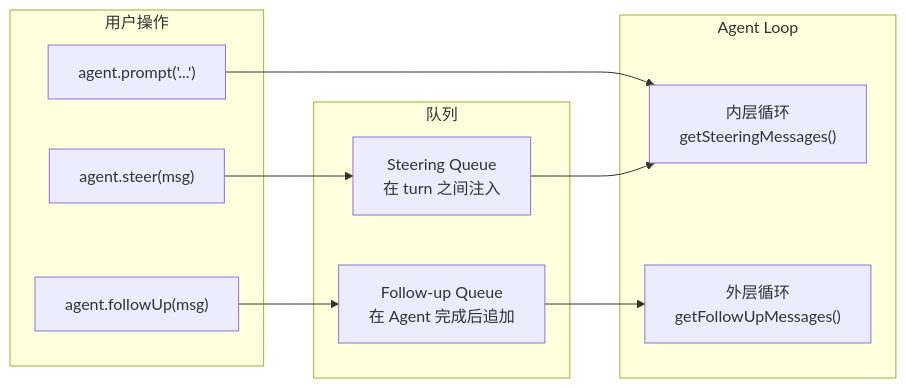
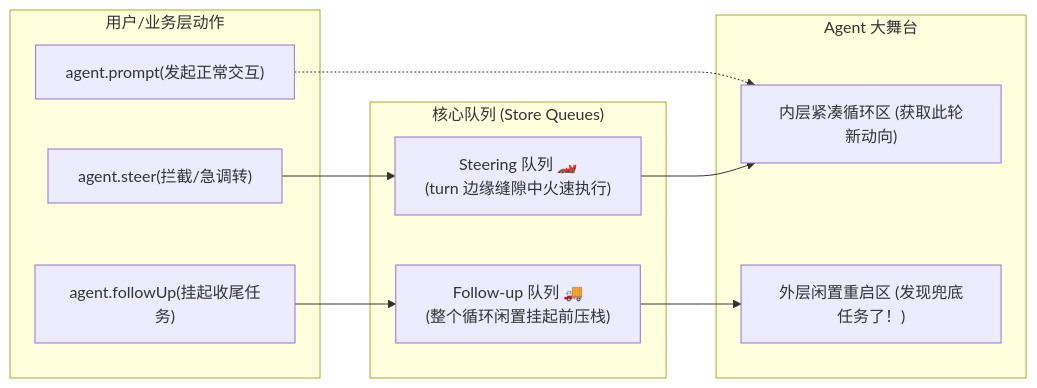
The fourth of 4 diagrams in guide_agent_core.md (OldDream/pi-mono), drawn with Mermaid before and after one commit. The commit also changed other lines of this file and 2 other files, not shown here.

````diff
--- a/guide_agent_core.md
+++ b/guide_agent_core.md
@@ -431,22 +400,22 @@
 ```mermaid
 graph LR
-    subgraph "用户操作"
-        P["agent.prompt('...')"] 
-        S["agent.steer(msg)"]
-        F["agent.followUp(msg)"]
+    subgraph "用户/业务层动作"
+        P["agent.prompt(发起正常交互)"] 
+        S["agent.steer(拦截/急调转)"]
+        F["agent.followUp(挂起收尾任务)"]
     end
     
-    subgraph "队列"
-        SQ["Steering Queue<br/>在 turn 之间注入"]
-        FQ["Follow-up Queue<br/>在 Agent 完成后追加"]
+    subgraph "核心队列 (Store Queues)"
+        SQ["Steering 队列 🏎️<br/>(turn 边缘缝隙中火速执行)"]
+        FQ["Follow-up 队列 🚚<br/>(整个循环闲置挂起前压栈)"]
     end
     
-    subgraph "Agent Loop"
-        INNER["内层循环<br/>getSteeringMessages()"]
-        OUTER["外层循环<br/>getFollowUpMessages()"]
+    subgraph "Agent 大舞台"
+        INNER["内层紧凑循环区 (获取此轮新动向)"]
+        OUTER["外层闲置重启区 (发现兜底任务了！)"]
     end
     
     S --> SQ --> INNER
     F --> FQ --> OUTER
-    P --> INNER
+    P -.-> INNER
 ```
````
